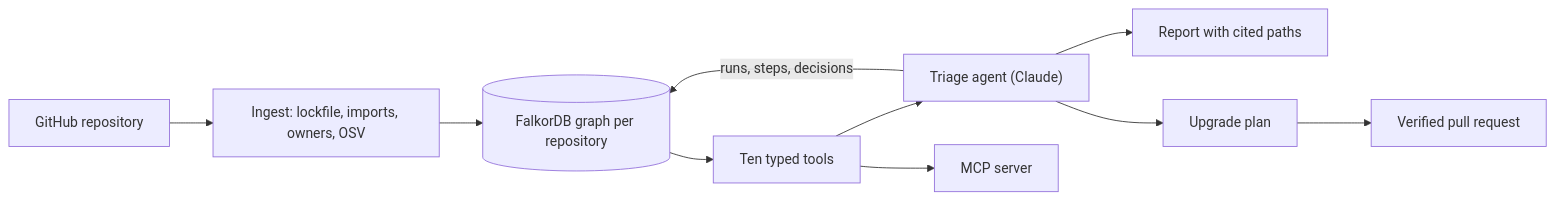
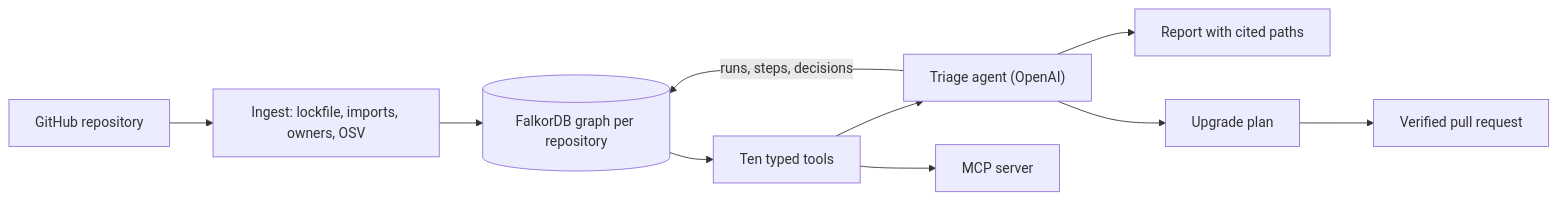
One commit to sakibalig/noderunner changed the diagram in README.md. Above: the diagram before and after it, drawn with Mermaid. The commit also changed other lines of this file and 16 other files, not shown here.

First line of the commit message:
refactor: switch the LLM provider from Claude to OpenAI

````diff
--- a/README.md
+++ b/README.md
@@ -42,12 +42,12 @@
 ```mermaid
 flowchart LR
     repo["GitHub repository"] --> ingest["Ingest: lockfile, imports, owners, OSV"]
     ingest --> db[("FalkorDB graph per repository")]
     db --> tools["Ten typed tools"]
-    tools --> agent["Triage agent (Claude)"]
+    tools --> agent["Triage agent (OpenAI)"]
     tools --> mcp["MCP server"]
     agent --> report["Report with cited paths"]
     agent --> plan["Upgrade plan"]
     plan --> pr["Verified pull request"]
     agent -->|"runs, steps, decisions"| db
 ```
````
